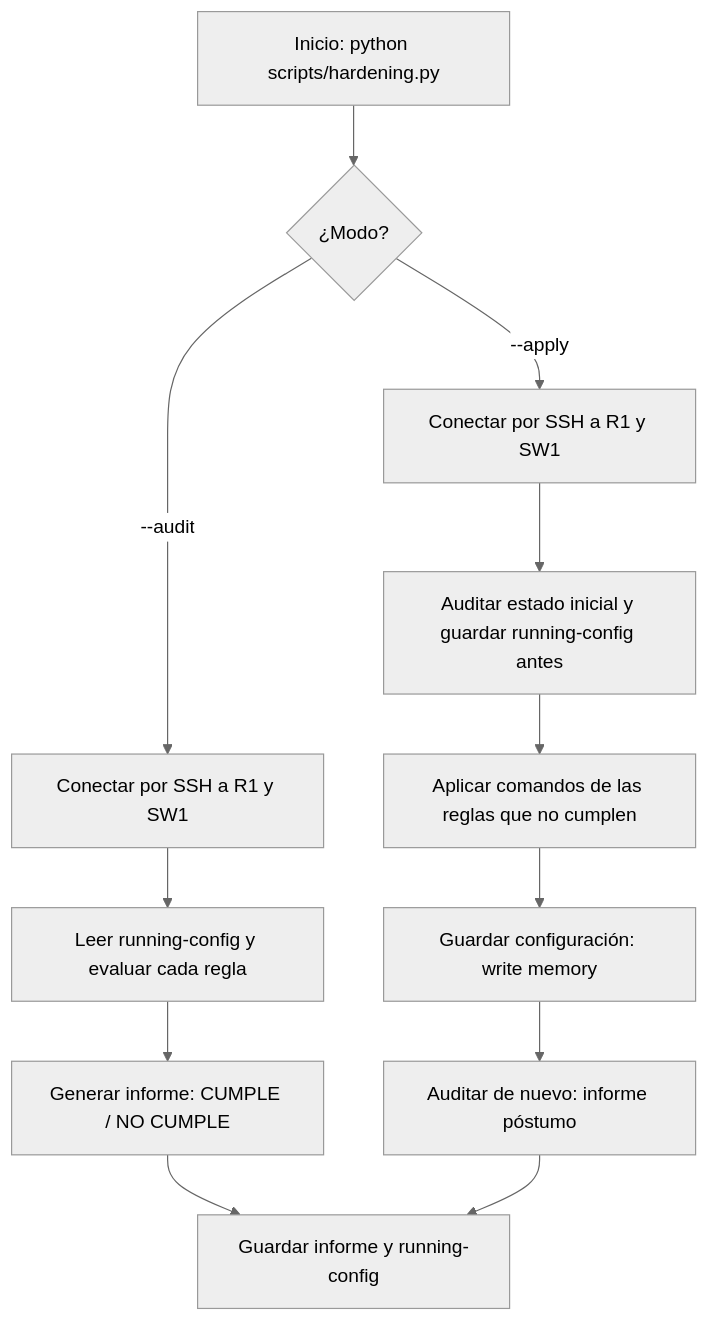
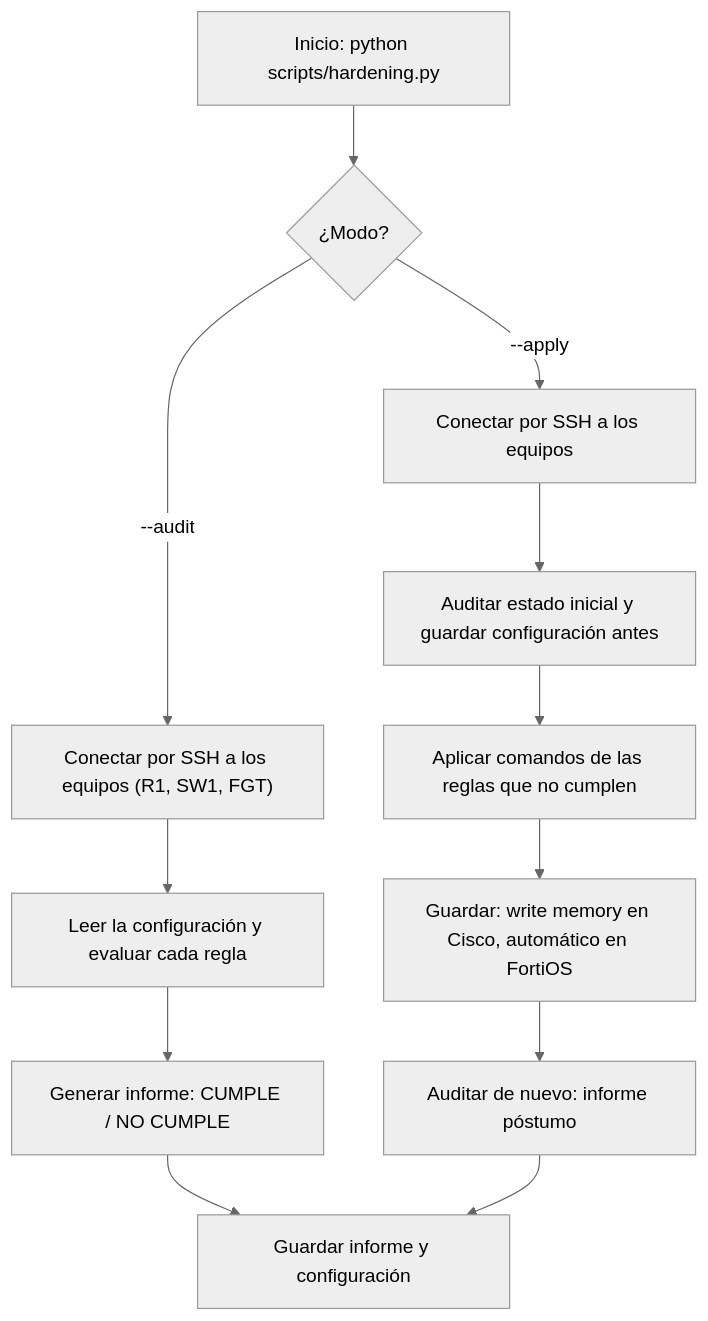
The second of 3 diagrams in README.md (4LB3RTXXX/hardening-cis-2241), drawn with Mermaid (neutral theme) before and after one commit. The commit also changed other lines of this file, not shown here.

````diff
--- a/README.md
+++ b/README.md
@@ -137,14 +141,14 @@
 ```mermaid
 flowchart TD
     A["Inicio: python scripts/hardening.py"] --> B{"¿Modo?"}
-    B -- "--audit" --> C["Conectar por SSH a R1 y SW1"]
-    C --> D["Leer running-config y evaluar cada regla"]
+    B -- "--audit" --> C["Conectar por SSH a los equipos (R1, SW1, FGT)"]
+    C --> D["Leer la configuración y evaluar cada regla"]
     D --> E["Generar informe: CUMPLE / NO CUMPLE"]
-    E --> Z["Guardar informe y running-config"]
-    B -- "--apply" --> F["Conectar por SSH a R1 y SW1"]
-    F --> G["Auditar estado inicial y guardar running-config antes"]
+    E --> Z["Guardar informe y configuración"]
+    B -- "--apply" --> F["Conectar por SSH a los equipos"]
+    F --> G["Auditar estado inicial y guardar configuración antes"]
     G --> H["Aplicar comandos de las reglas que no cumplen"]
-    H --> I["Guardar configuración: write memory"]
+    H --> I["Guardar: write memory en Cisco, automático en FortiOS"]
     I --> J["Auditar de nuevo: informe póstumo"]
     J --> Z
 ```
````
